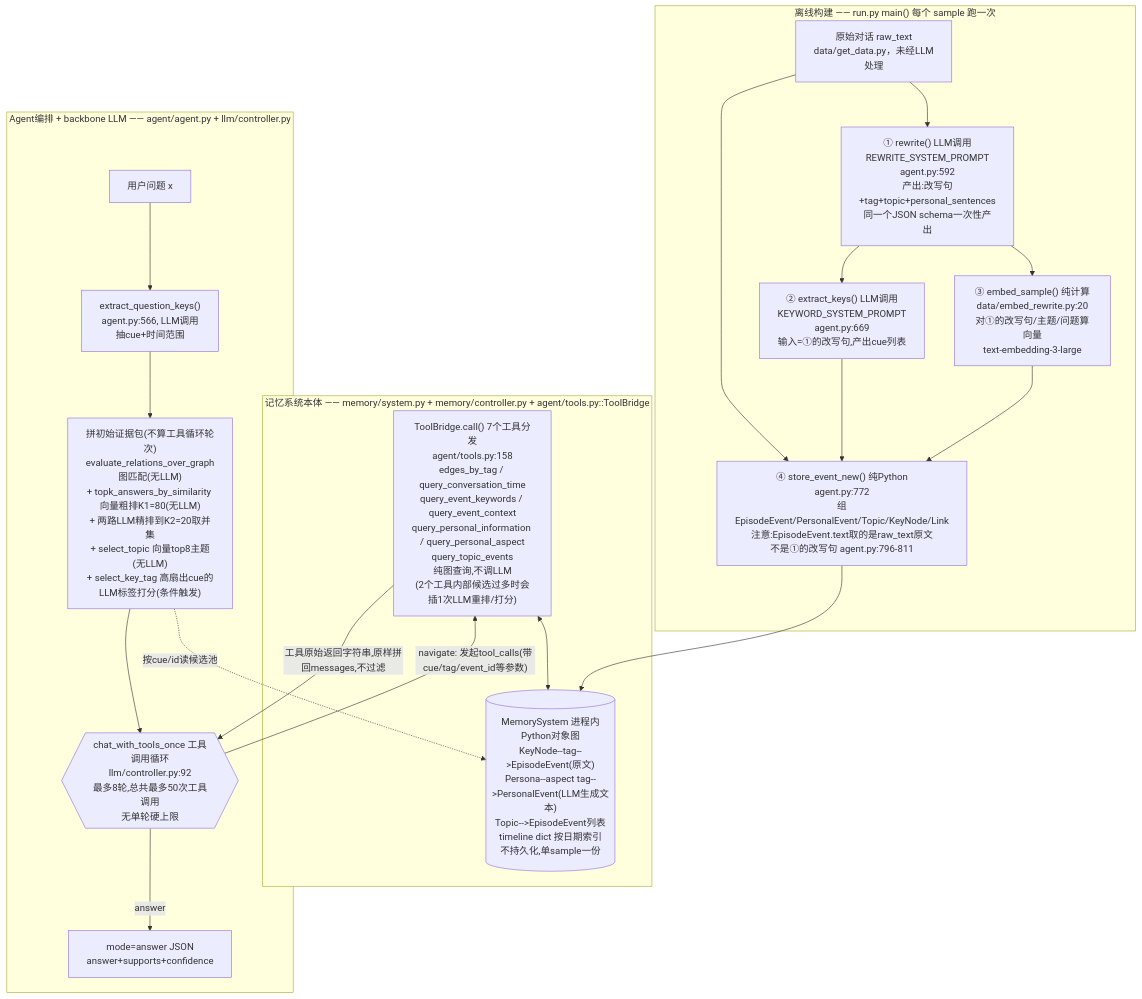
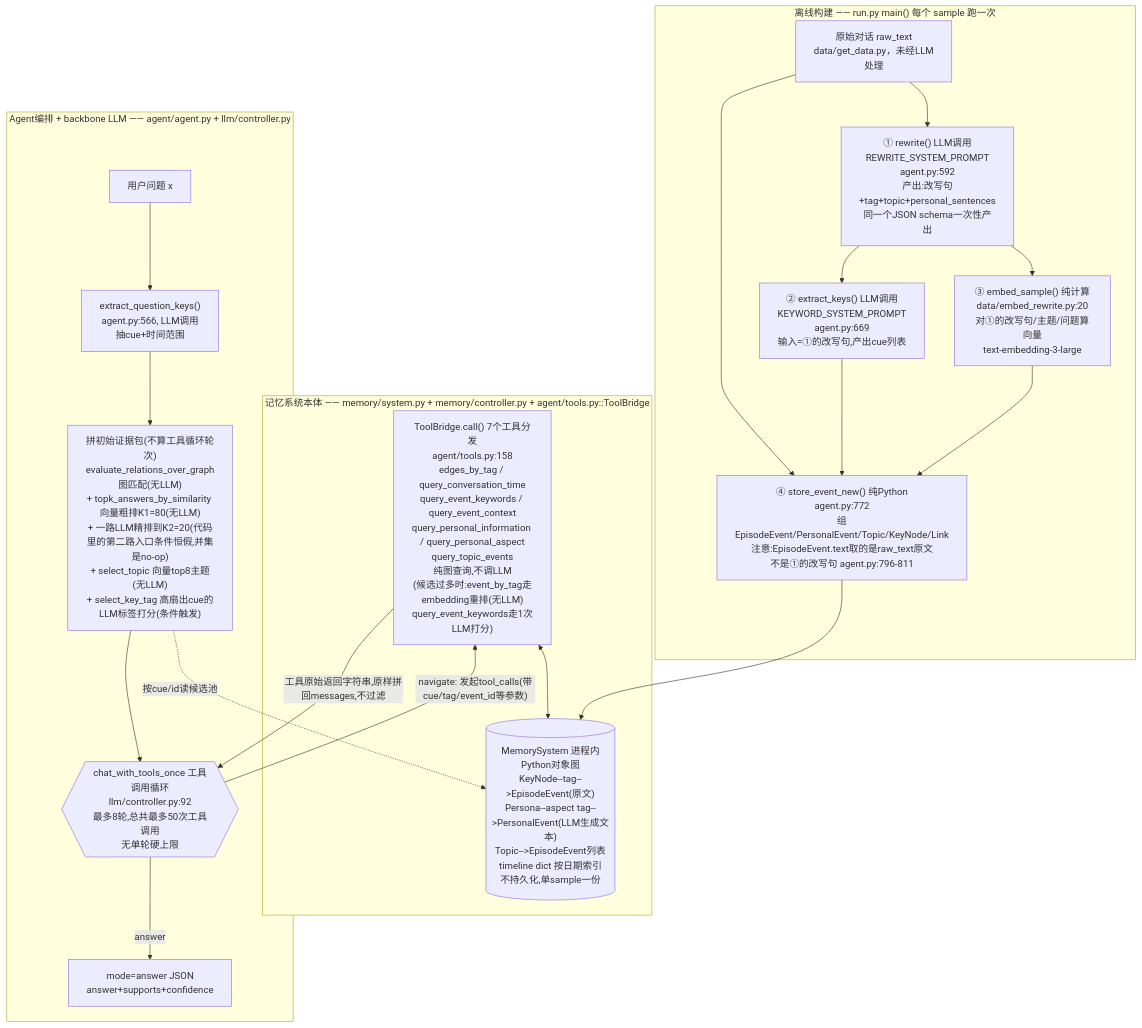
Before and after one commit to wafo210715/memory-bench: the diagram in servers/mragent/code-architecture.md, drawn with Mermaid. The commit also changed other lines of this file and 25 other files, not shown here.

````diff
--- a/servers/mragent/code-architecture.md
+++ b/servers/mragent/code-architecture.md
@@ -44,36 +45,36 @@
 ```mermaid
 flowchart TB
     subgraph BUILD["离线构建 —— run.py main() 每个 sample 跑一次"]
         RAW["原始对话 raw_text<br/>data/get_data.py，未经LLM处理"]
         RW["① rewrite() LLM调用<br/>REWRITE_SYSTEM_PROMPT<br/>agent.py:592<br/>产出:改写句+tag+topic+personal_sentences<br/>同一个JSON schema一次性产出"]
         KW["② extract_keys() LLM调用<br/>KEYWORD_SYSTEM_PROMPT<br/>agent.py:669<br/>输入=①的改写句,产出cue列表"]
         EMB["③ embed_sample() 纯计算<br/>data/embed_rewrite.py:20<br/>对①的改写句/主题/问题算向量<br/>text-embedding-3-large"]
         STORE["④ store_event_new() 纯Python<br/>agent.py:772<br/>组EpisodeEvent/PersonalEvent/Topic/KeyNode/Link<br/>注意:EpisodeEvent.text取的是raw_text原文<br/>不是①的改写句 agent.py:796-811"]
         RAW --> RW
         RW --> KW
         RW --> EMB
         RAW --> STORE
         KW --> STORE
         EMB --> STORE
     end
 
     subgraph MEM["记忆系统本体 —— memory/system.py + memory/controller.py + agent/tools.py::ToolBridge"]
         GRAPH[("MemorySystem 进程内Python对象图<br/>KeyNode--tag-->EpisodeEvent(原文)<br/>Persona--aspect tag-->PersonalEvent(LLM生成文本)<br/>Topic-->EpisodeEvent列表<br/>timeline dict 按日期索引<br/>不持久化,单sample一份")]
-        BRIDGE["ToolBridge.call() 7个工具分发<br/>agent/tools.py:158<br/>edges_by_tag / query_conversation_time<br/>query_event_keywords / query_event_context<br/>query_personal_information / query_personal_aspect<br/>query_topic_events<br/>纯图查询,不调LLM<br/>(2个工具内部候选过多时会插1次LLM重排/打分)"]
+        BRIDGE["ToolBridge.call() 7个工具分发<br/>agent/tools.py:158<br/>edges_by_tag / query_conversation_time<br/>query_event_keywords / query_event_context<br/>query_personal_information / query_personal_aspect<br/>query_topic_events<br/>纯图查询,不调LLM<br/>(候选过多时:event_by_tag走embedding重排(无LLM)<br/>query_event_keywords走1次LLM打分)"]
         BRIDGE <--> GRAPH
         STORE --> GRAPH
     end
 
     subgraph AGENT["Agent编排 + backbone LLM —— agent/agent.py + llm/controller.py"]
         Q["用户问题 x"]
         EQK["extract_question_keys()<br/>agent.py:566, LLM调用<br/>抽cue+时间范围"]
-        ASSEMBLE["拼初始证据包(不算工具循环轮次)<br/>evaluate_relations_over_graph图匹配(无LLM)<br/>+ topk_answers_by_similarity 向量粗排K1=80(无LLM)<br/>+ 两路LLM精排到K2=20取并集<br/>+ select_topic 向量top8主题(无LLM)<br/>+ select_key_tag 高扇出cue的LLM标签打分(条件触发)"]
+        ASSEMBLE["拼初始证据包(不算工具循环轮次)<br/>evaluate_relations_over_graph图匹配(无LLM)<br/>+ topk_answers_by_similarity 向量粗排K1=80(无LLM)<br/>+ 一路LLM精排到K2=20(代码里的第二路入口条件恒假,并集是no-op)<br/>+ select_topic 向量top8主题(无LLM)<br/>+ select_key_tag 高扇出cue的LLM标签打分(条件触发)"]
         LOOP{{"chat_with_tools_once 工具调用循环<br/>llm/controller.py:92<br/>最多8轮,总共最多50次工具调用<br/>无单轮硬上限"}}
         ANS["mode=answer JSON<br/>answer+supports+confidence"]
         Q --> EQK --> ASSEMBLE --> LOOP
         LOOP -- "navigate: 发起tool_calls(带cue/tag/event_id等参数)" --> BRIDGE
         BRIDGE -- "工具原始返回字符串,原样拼回messages,不过滤" --> LOOP
         LOOP -- "answer" --> ANS
         ASSEMBLE -.按cue/id读候选池.-> GRAPH
     end
 ```
````
